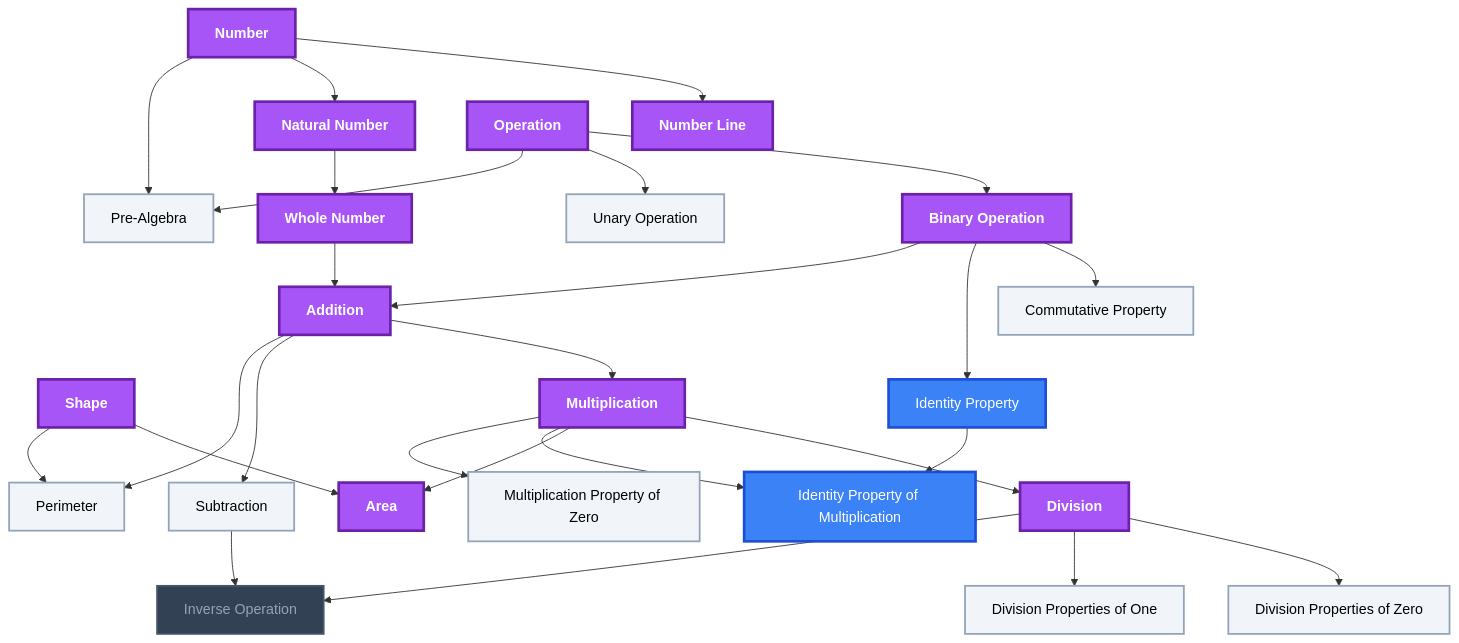
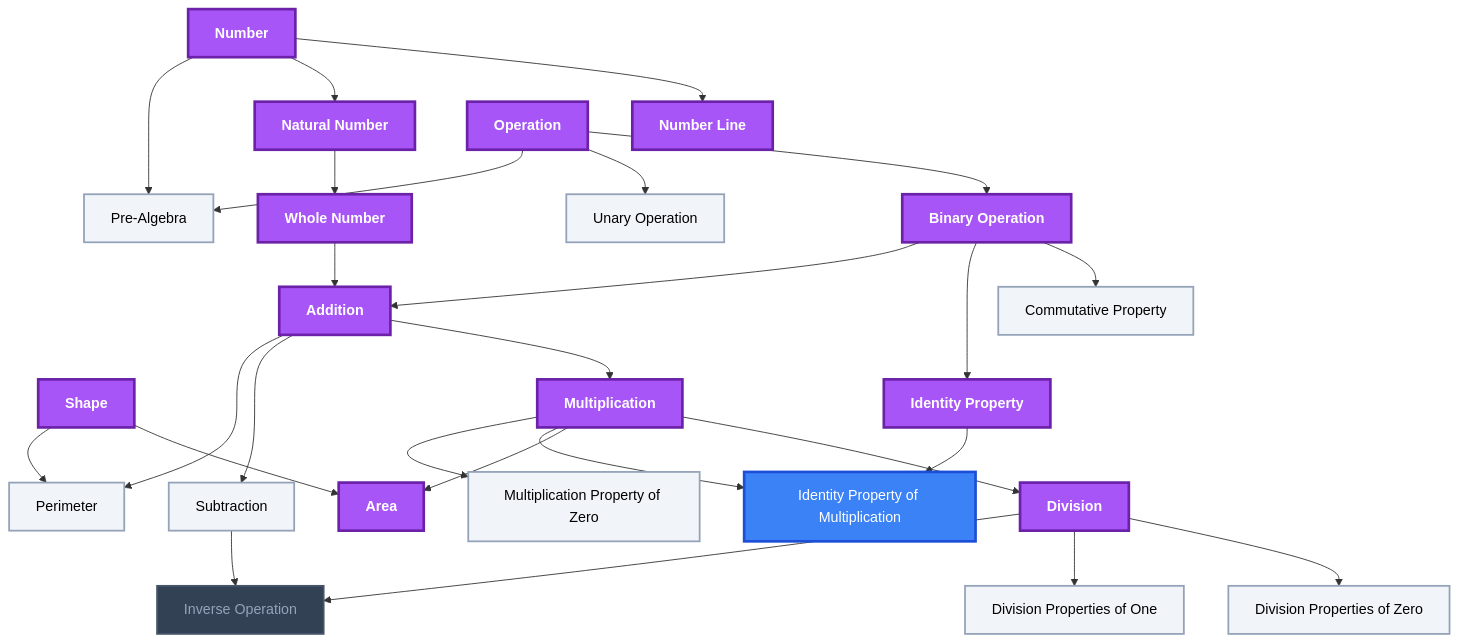
One commit to MRauf1/My-Notes changed the first of 10 diagrams in Gamification/Skill Trees/Pre-Algebra.md. Above: the diagram before and after it, drawn with Mermaid. The commit also changed other lines of this file and 57 other files, not shown here.

````diff
--- a/Gamification/Skill Trees/Pre-Algebra.md
+++ b/Gamification/Skill Trees/Pre-Algebra.md
@@ -17,64 +17,64 @@
 ```mermaid
 flowchart TD
     classDef planned fill:#1E293B,stroke:#64748B,stroke-width:2px,stroke-dasharray:5 5,color:#94A3B8;
     classDef locked fill:#334155,stroke:#475569,stroke-width:2px,color:#94A3B8;
     classDef L0 fill:#F1F5F9,stroke:#94A3B8,stroke-width:2px,color:#000000;
     classDef L1 fill:#22C55E,stroke:#15803D,stroke-width:2px,color:#000000;
     classDef L2 fill:#3B82F6,stroke:#1D4ED8,stroke-width:3px,color:#FFFFFF;
     classDef L3 fill:#A855F7,stroke:#6B21A8,stroke-width:3px,color:#FFFFFF,font-weight:bold;
     classDef L4 fill:#F97316,stroke:#C2410C,stroke-width:4px,color:#000000,font-weight:bold;
     classDef L5 fill:#FFD700,stroke:#FF8C00,stroke-width:5px,color:#000000,font-weight:bold;
     classDef rusty stroke:#8B4513,stroke-width:4px,stroke-dasharray:3 3;
     n_pre_algebra["Pre-Algebra"]
     n_number["Number"]
     n_natural_number["Natural Number"]
     n_whole_number["Whole Number"]
     n_number_line["Number Line"]
     n_operation["Operation"]
     n_unary_operation["Unary Operation"]
     n_binary_operation["Binary Operation"]
     n_shape["Shape"]
     n_addition["Addition"]
     n_identity_property["Identity Property"]
     n_commutative_property["Commutative Property"]
     n_perimeter["Perimeter"]
     n_subtraction["Subtraction"]
     n_multiplication["Multiplication"]
     n_multiplication_property_of_zero["Multiplication Property of Zero"]
     n_identity_property_of_multiplication["Identity Property of Multiplication"]
     n_area["Area"]
     n_division["Division"]
     n_inverse_operation["Inverse Operation"]
     n_division_properties_of_one["Division Properties of One"]
     n_division_properties_of_zero["Division Properties of Zero"]
     n_number --> n_pre_algebra
     n_operation --> n_pre_algebra
     n_number --> n_natural_number
     n_natural_number --> n_whole_number
     n_number --> n_number_line
     n_operation --> n_unary_operation
     n_operation --> n_binary_operation
     n_whole_number --> n_addition
     n_binary_operation --> n_addition
     n_binary_operation --> n_identity_property
     n_binary_operation --> n_commutative_property
     n_shape --> n_perimeter
     n_addition --> n_perimeter
     n_addition --> n_subtraction
     n_addition --> n_multiplication
     n_multiplication --> n_multiplication_property_of_zero
     n_identity_property --> n_identity_property_of_multiplication
     n_multiplication --> n_identity_property_of_multiplication
     n_shape --> n_area
     n_multiplication --> n_area
     n_multiplication --> n_division
     n_subtraction --> n_inverse_operation
     n_division --> n_inverse_operation
     n_division --> n_division_properties_of_one
     n_division --> n_division_properties_of_zero
     class n_inverse_operation locked;
     class n_pre_algebra,n_unary_operation,n_commutative_property,n_perimeter,n_subtraction,n_multiplication_property_of_zero,n_division_properties_of_one,n_division_properties_of_zero L0;
-    class n_identity_property,n_identity_property_of_multiplication L2;
-    class n_number,n_natural_number,n_whole_number,n_number_line,n_operation,n_binary_operation,n_shape,n_addition,n_multiplication,n_area,n_division L3;
+    class n_identity_property_of_multiplication L2;
+    class n_number,n_natural_number,n_whole_number,n_number_line,n_operation,n_binary_operation,n_shape,n_addition,n_identity_property,n_multiplication,n_area,n_division L3;
     class n_pre_algebra,n_number,n_natural_number,n_whole_number,n_number_line,n_operation,n_unary_operation,n_binary_operation,n_shape,n_addition,n_identity_property,n_commutative_property,n_perimeter,n_subtraction,n_multiplication,n_multiplication_property_of_zero,n_identity_property_of_multiplication,n_area,n_division,n_inverse_operation,n_division_properties_of_one,n_division_properties_of_zero internal-link;
 ```
````
